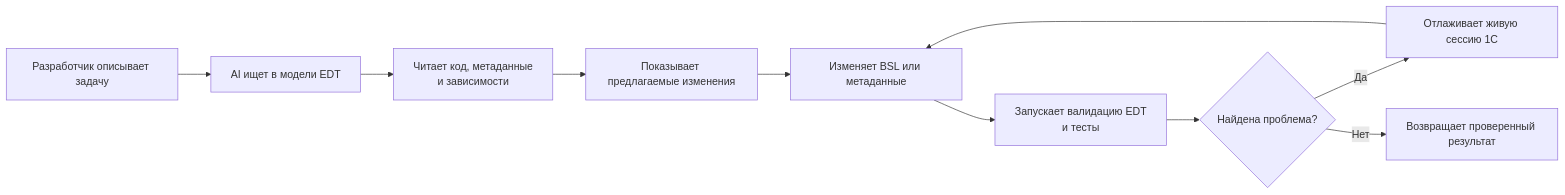
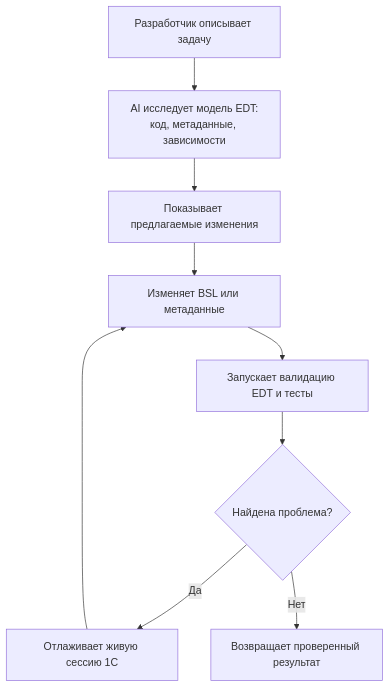
Before and after one commit to Desko77/ai-edt: the first of 2 diagrams in README.md, drawn with Mermaid. The commit also changed other lines of this file and 1 other file, not shown here.

First line of the commit message:
Lay the diagrams out so GitHub can render them

````diff
--- a/README.md
+++ b/README.md
@@ -56,12 +56,11 @@
 ```mermaid
-flowchart LR
-    Q["Разработчик описывает задачу"] --> S["AI ищет в модели EDT"]
-    S --> C["Читает код, метаданные<br/>и зависимости"]
-    C --> P["Показывает предлагаемые изменения"]
+flowchart TD
+    Q["Разработчик описывает задачу"] --> S["AI исследует модель EDT:<br/>код, метаданные, зависимости"]
+    S --> P["Показывает предлагаемые изменения"]
     P --> E["Изменяет BSL или метаданные"]
-    E --> V["Запускает валидацию EDT<br/>и тесты"]
+    E --> V["Запускает валидацию EDT и тесты"]
     V --> D{"Найдена проблема?"}
     D -- Да --> B["Отлаживает живую сессию 1С"]
     B --> E
     D -- Нет --> R["Возвращает проверенный результат"]
 ```
````
